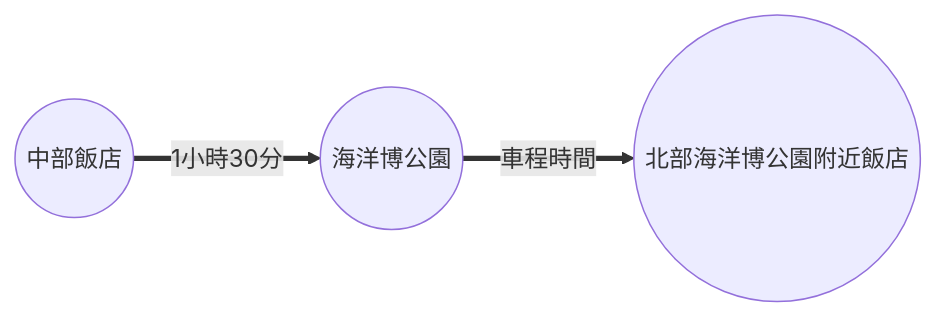
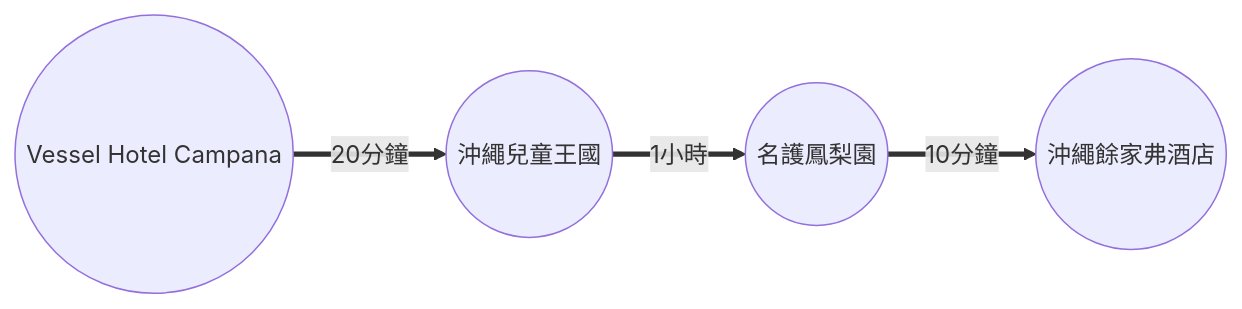
One commit to wilder640/trip changed the third of 6 diagrams in docs/blog/posts/okinawa/okinawa-2024-12/okinawa-2024-12.md. Above: the diagram before and after it, drawn with Mermaid. The commit also changed other lines of this file and 13 other files, not shown here.

````diff
--- a/docs/blog/posts/okinawa/okinawa-2024-12/okinawa-2024-12.md
+++ b/docs/blog/posts/okinawa/okinawa-2024-12/okinawa-2024-12.md
@@ -55,4 +141,4 @@
 ``` mermaid
 graph LR
-  A((中部飯店)) == 1小時30分 ==> B((海洋博公園)) == 車程時間 ==> C((北部海洋博公園附近飯店))
+  A((Vessel Hotel Campana)) == 20分鐘 ==> B((沖繩兒童王國)) == 1小時 ==> C((名護鳳梨園))  == 10分鐘 ==> D((沖繩餘家弗酒店))
 ```
````
